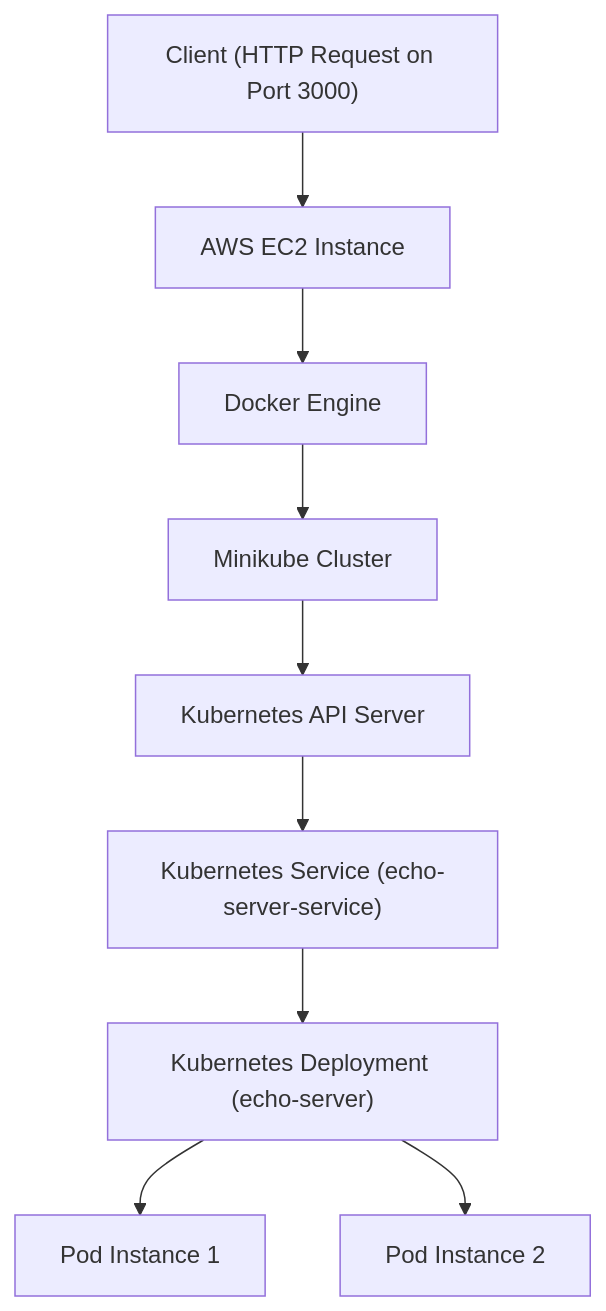
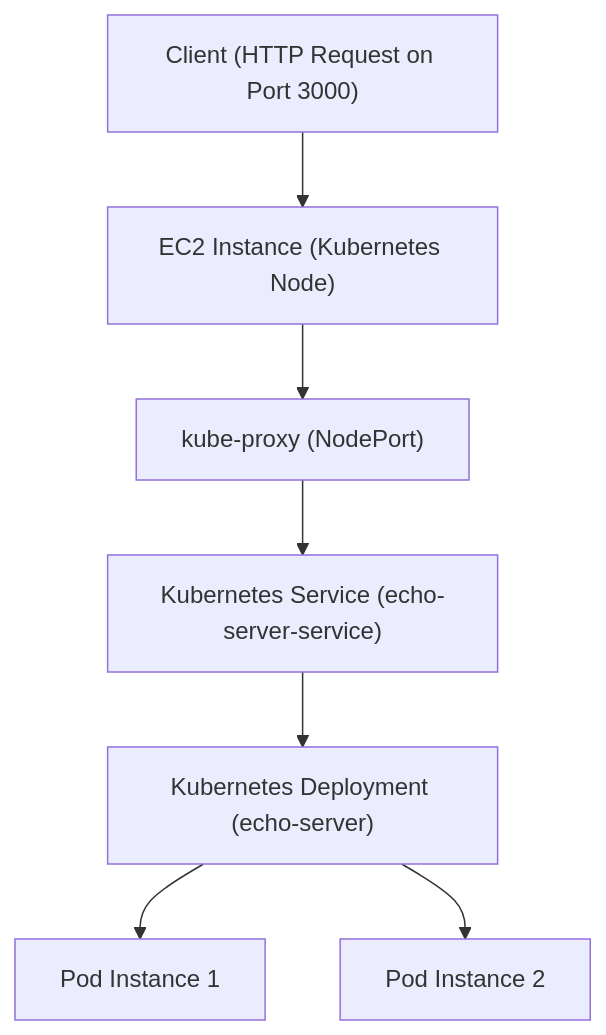
The diagram in README.md (ilyas-elmi/Kubernetes), drawn with Mermaid before and after one commit.

````diff
--- a/README.md
+++ b/README.md
@@ -31,11 +31,9 @@
 ```mermaid
 flowchart TD
-    A["Client (HTTP Request on Port 3000)"] --> B["AWS EC2 Instance"]
-    B --> C["Docker Engine"]
-    C --> D["Minikube Cluster"]
-    D --> E["Kubernetes API Server"]
-    E --> F["Kubernetes Service (echo-server-service)"]
-    F --> G["Kubernetes Deployment (echo-server)"]
-    G --> H["Pod Instance 1"]
-    G --> I["Pod Instance 2"]
-```
+    A["Client (HTTP Request on Port 3000)"] --> B["EC2 Instance (Kubernetes Node)"]
+    B --> C["kube-proxy (NodePort)"]
+    C --> D["Kubernetes Service (echo-server-service)"]
+    D --> E["Kubernetes Deployment (echo-server)"]
+    E --> F["Pod Instance 1"]
+    E --> G["Pod Instance 2"]
+ ```   
````
